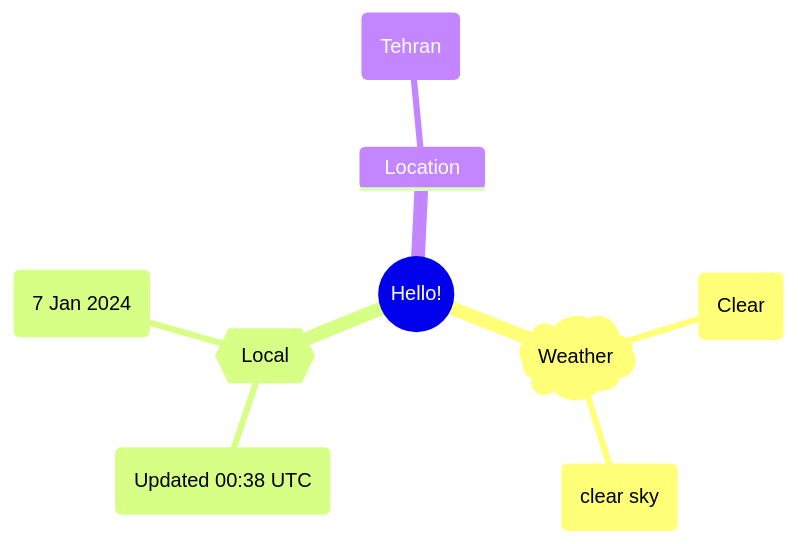
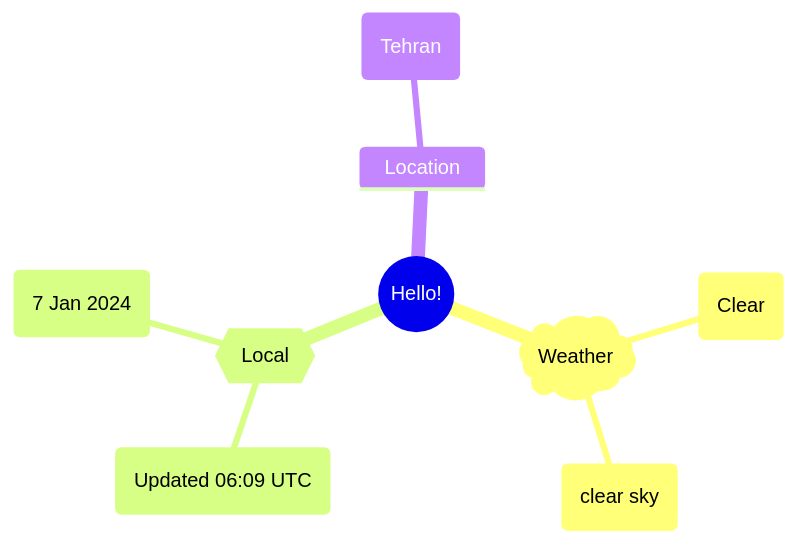
The first of 2 diagrams in README.md (Xosrov/Xosrov), drawn with Mermaid before and after one commit.

Commit message:
[bot] updated images

````diff
--- a/README.md
+++ b/README.md
@@ -3,12 +3,12 @@
 ```mermaid
 mindmap
   root((Hello!))
     )Weather(
         (Clear)
         (clear sky)
     {{Local}}
-        (Updated 00:38 UTC)
+        (Updated 06:09 UTC)
         (7 Jan 2024)
     Location
         (Tehran)
 ```
````
